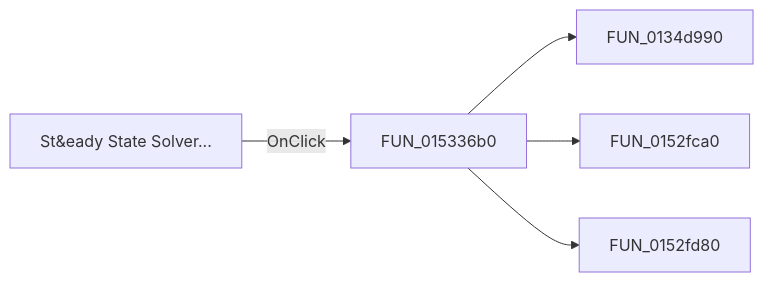
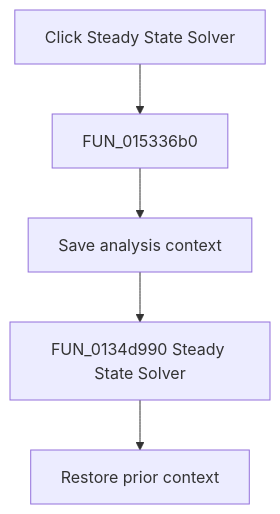
Before and after one commit to MovGP0/TIARA: the diagram in docs/ui-controls/netlisteditor/misteadystatesolver-adac521f96.md, drawn with Mermaid. The commit also changed other lines of this file and 1062 other files, not shown here.

````diff
--- a/docs/ui-controls/netlisteditor/misteadystatesolver-adac521f96.md
+++ b/docs/ui-controls/netlisteditor/misteadystatesolver-adac521f96.md
@@ -27,7 +29,7 @@
 ```mermaid
-flowchart LR
-    control["St&eady State Solver..."] -->|OnClick| handler["FUN_015336b0"]
-    handler --> call1["FUN_0134d990"]
-    handler --> call2["FUN_0152fca0"]
-    handler --> call3["FUN_0152fd80"]
+flowchart TD
+    control["Click Steady State Solver"] --> handler["FUN_015336b0"]
+    handler --> prepare["Save analysis context"]
+    prepare --> action["FUN_0134d990 Steady State Solver"]
+    action --> restore["Restore prior context"]
 ```
````
